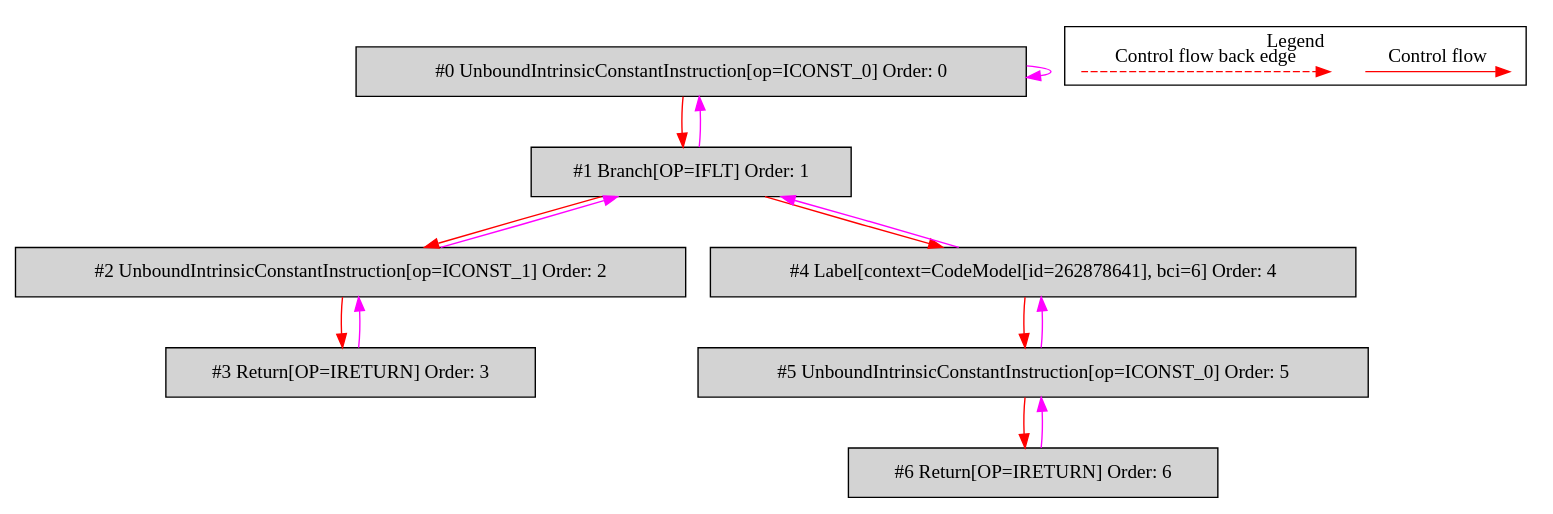
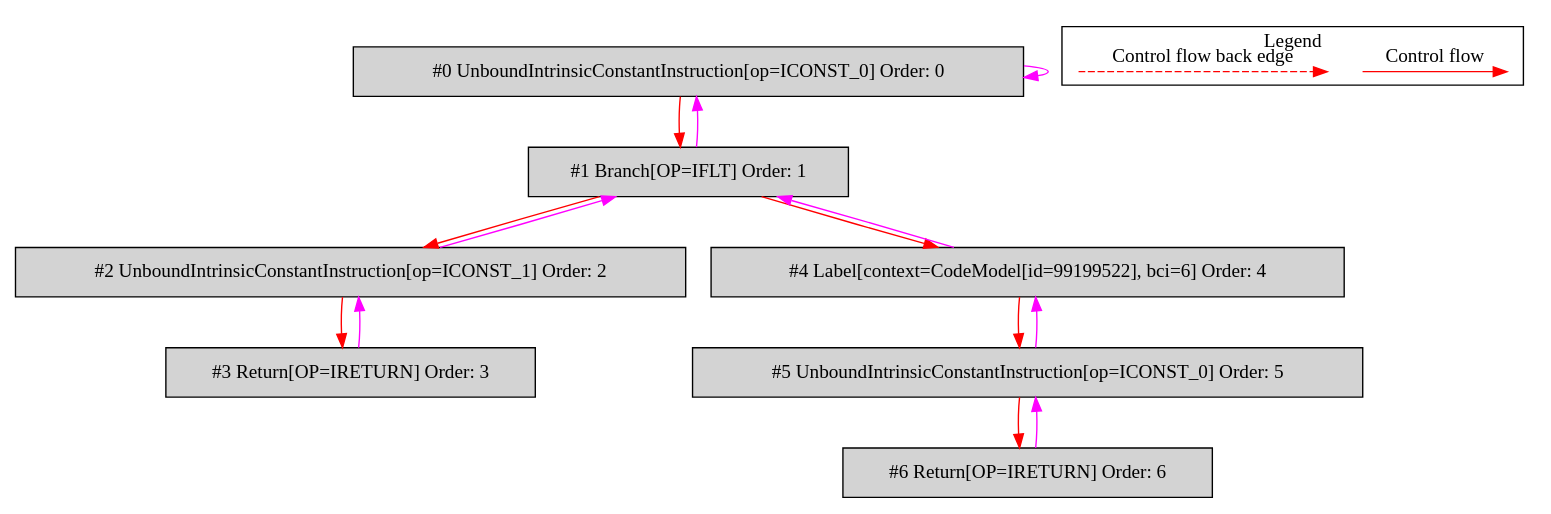
One commit to mirkosertic/MetaIR changed the diagram in de.mirkosertic.metair.ir.OpcodeIFLTTest/test_IFLT/bytecodecfg.dot. Above: the diagram before and after it, drawn with Graphviz. The commit also changed 1222 other files, not shown here.

```diff
--- a/de.mirkosertic.metair.ir.OpcodeIFLTTest/test_IFLT/bytecodecfg.dot
+++ b/de.mirkosertic.metair.ir.OpcodeIFLTTest/test_IFLT/bytecodecfg.dot
@@ -1,37 +1,37 @@
 digraph {
  ordering="in";
  node0[label="#0 UnboundIntrinsicConstantInstruction[op=ICONST_0] Order: 0", shape=box, fillcolor=lightgrey, style=filled];
  node1[label="#1 Branch[OP=IFLT] Order: 1", shape=box, fillcolor=lightgrey, style=filled];
  node2[label="#2 UnboundIntrinsicConstantInstruction[op=ICONST_1] Order: 2", shape=box, fillcolor=lightgrey, style=filled];
  node3[label="#3 Return[OP=IRETURN] Order: 3", shape=box, fillcolor=lightgrey, style=filled];
- node4[label="#4 Label[context=CodeModel[id=262878641], bci=6] Order: 4", shape=box, fillcolor=lightgrey, style=filled];
+ node4[label="#4 Label[context=CodeModel[id=99199522], bci=6] Order: 4", shape=box, fillcolor=lightgrey, style=filled];
  node5[label="#5 UnboundIntrinsicConstantInstruction[op=ICONST_0] Order: 5", shape=box, fillcolor=lightgrey, style=filled];
  node6[label="#6 Return[OP=IRETURN] Order: 6", shape=box, fillcolor=lightgrey, style=filled];
  node0 -> node0[color=fuchsia];
  node0 -> node1[color=red];
  node1 -> node0[color=fuchsia];
  node1 -> node2[color=red];
  node2 -> node1[color=fuchsia];
  node2 -> node3[color=red];
  node3 -> node2[color=fuchsia];
  node1 -> node4[color=red];
  node4 -> node1[color=fuchsia];
  node4 -> node5[color=red];
  node5 -> node4[color=fuchsia];
  node5 -> node6[color=red];
  node6 -> node5[color=fuchsia];
  subgraph cluster_000 {
   label = "Legend";
   node [shape=point]
   {
    rank=same;
    c0 [style = invis];
    c1 [style = invis];
    c2 [style = invis];
    c3 [style = invis];
   }
   c0 -> c1 [label="Control flow", style=solid, color=red]
   c2 -> c3 [label="Control flow back edge", style=dashed, color=red]
  }
 
 }
```
